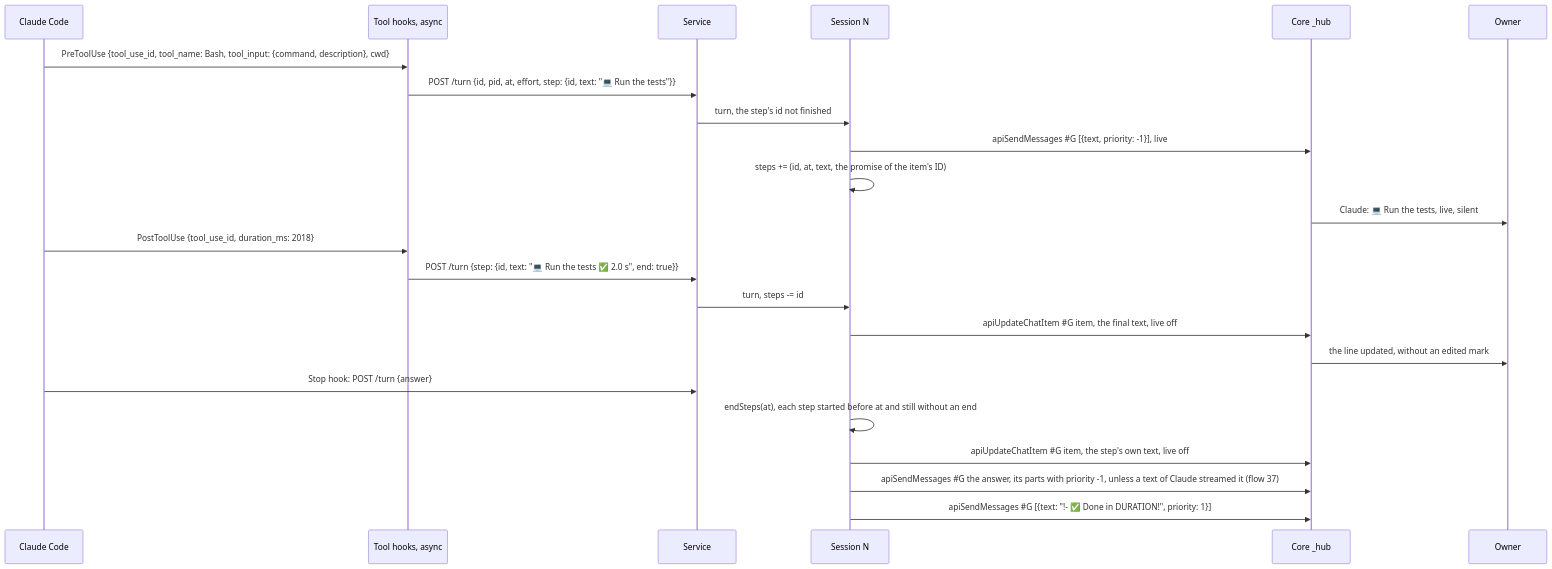
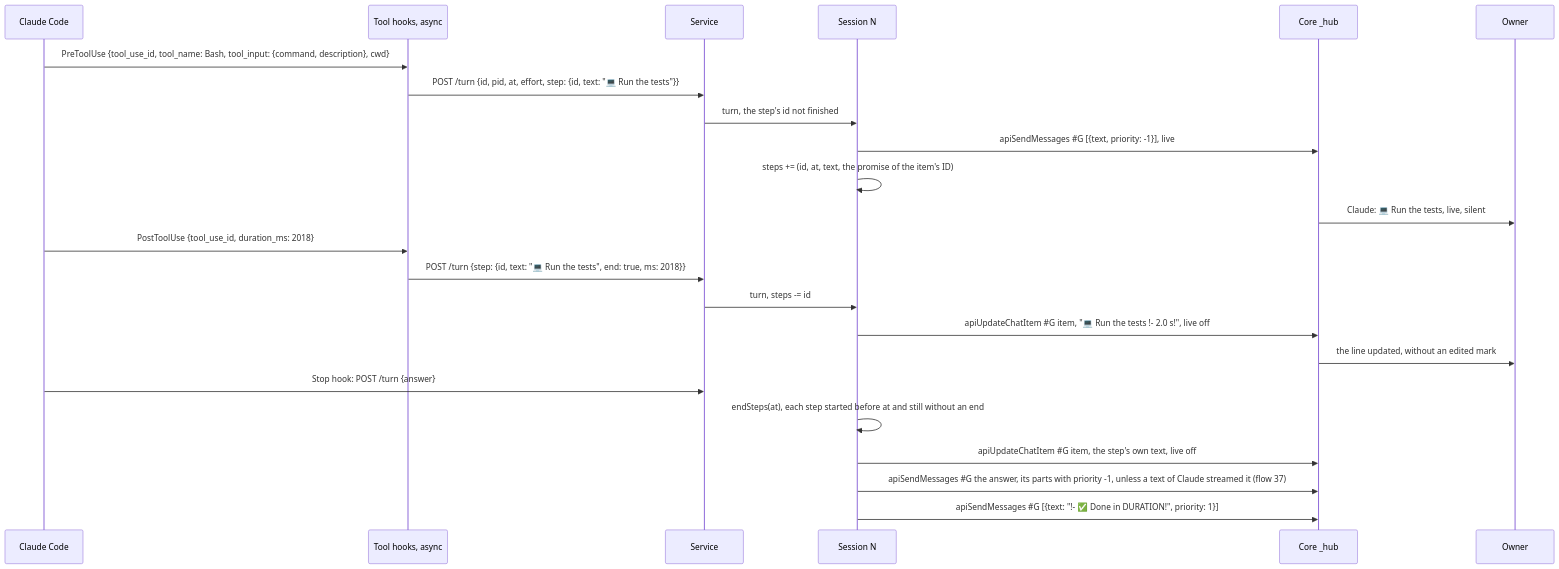
One commit to evgeny-simplex/simplex-chat changed diagram 32 of 38 in packages/simplex-chat-mcp/spec/flows.md. Above: the diagram before and after it, drawn with Mermaid. The commit also changed 11 other files, not shown here.

````diff
--- a/packages/simplex-chat-mcp/spec/flows.md
+++ b/packages/simplex-chat-mcp/spec/flows.md
@@ -1475,25 +1475,25 @@
 ```mermaid
 sequenceDiagram
   participant CC as Claude Code
   participant HK as Tool hooks, async
   participant D as Service
   participant N as Session N
   participant C as Core _hub
   participant O as Owner
   CC->>HK: PreToolUse {tool_use_id, tool_name: Bash, tool_input: {command, description}, cwd}
   HK->>D: POST /turn {id, pid, at, effort, step: {id, text: "💻 Run the tests"}}
   D->>N: turn, the step's id not finished
   N->>C: apiSendMessages #35;G [{text, priority: -1}], live
   N->>N: steps += (id, at, text, the promise of the item's ID)
   C->>O: Claude: 💻 Run the tests, live, silent
   CC->>HK: PostToolUse {tool_use_id, duration_ms: 2018}
-  HK->>D: POST /turn {step: {id, text: "💻 Run the tests ✅ 2.0 s", end: true}}
+  HK->>D: POST /turn {step: {id, text: "💻 Run the tests", end: true, ms: 2018}}
   D->>N: turn, steps -= id
-  N->>C: apiUpdateChatItem #35;G item, the final text, live off
+  N->>C: apiUpdateChatItem #35;G item, "💻 Run the tests !- 2.0 s!", live off
   C->>O: the line updated, without an edited mark
   CC->>D: Stop hook: POST /turn {answer}
   N->>N: endSteps(at), each step started before at and still without an end
   N->>C: apiUpdateChatItem #35;G item, the step's own text, live off
   N->>C: apiSendMessages #35;G the answer, its parts with priority -1, unless a text of Claude streamed it (flow 37)
   N->>C: apiSendMessages #35;G [{text: "!- ✅ Done in DURATION!", priority: 1}]
 ```
````
